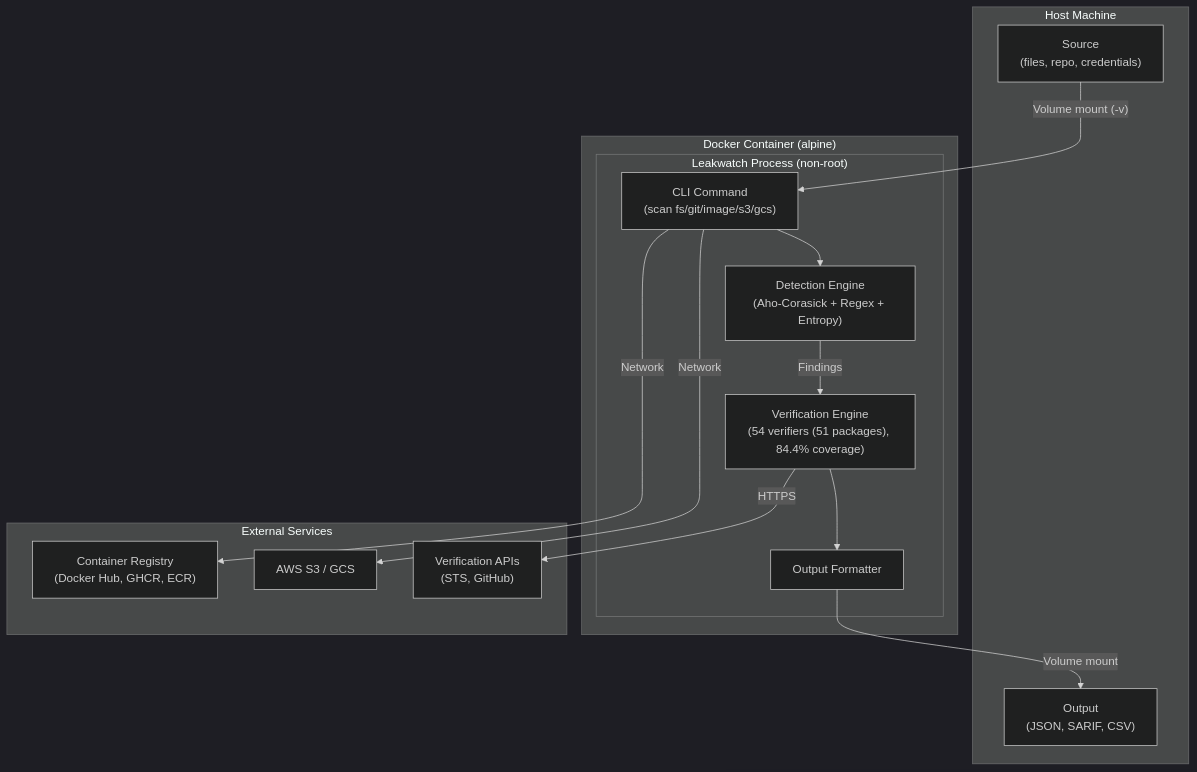
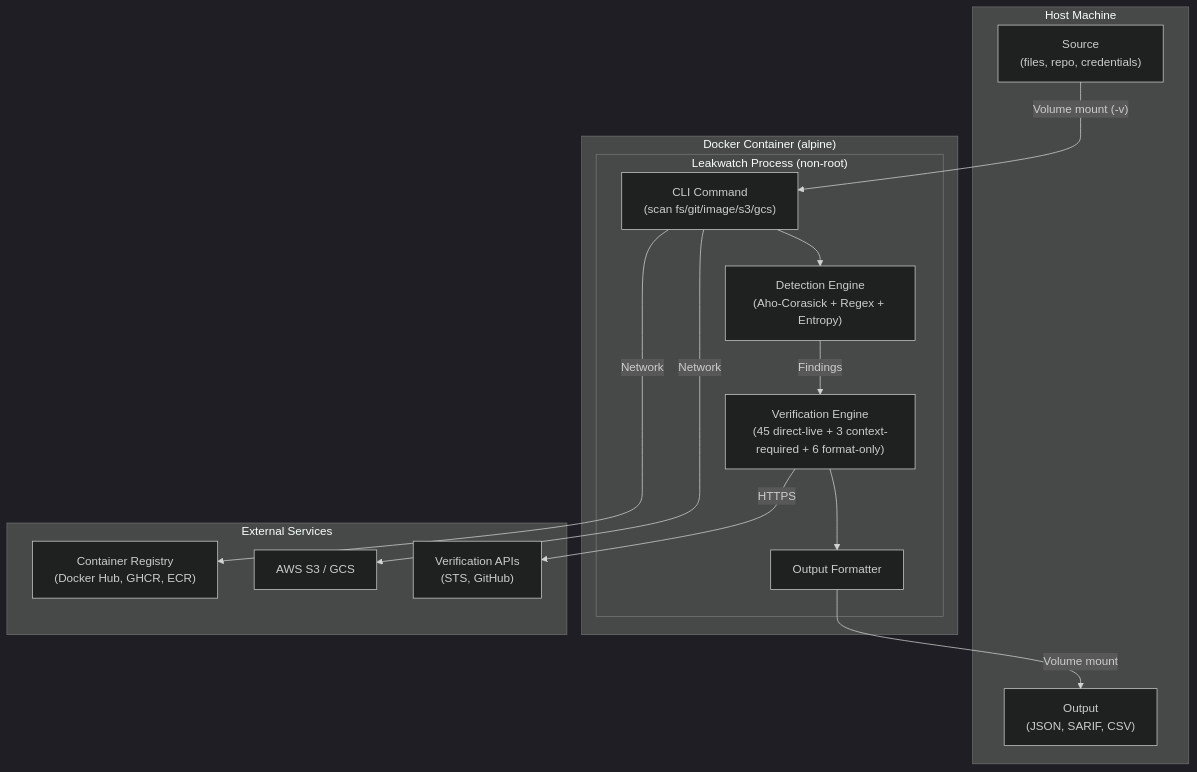
The second of 2 diagrams in docs/guides/docker-usage.md (cemililik/Leakwatch), drawn with Mermaid (dark theme) before and after one commit. The commit also changed 35 other files, not shown here.

````diff
--- a/docs/guides/docker-usage.md
+++ b/docs/guides/docker-usage.md
@@ -496,31 +496,31 @@
 ```mermaid
 flowchart TD
     subgraph Host["Host Machine"]
         SRC["Source\n(files, repo, credentials)"]
         OUT["Output\n(JSON, SARIF, CSV)"]
     end
 
     subgraph Docker["Docker Container (alpine)"]
         subgraph LW["Leakwatch Process (non-root)"]
             CMD["CLI Command\n(scan fs/git/image/s3/gcs)"]
             ENG["Detection Engine\n(Aho-Corasick + Regex + Entropy)"]
-            VER["Verification Engine\n(54 verifiers (51 packages), 84.4% coverage)"]
+            VER["Verification Engine\n(45 direct-live + 3 context-required + 6 format-only)"]
             FMT["Output Formatter"]
         end
     end
 
     subgraph External["External Services"]
         REG["Container Registry\n(Docker Hub, GHCR, ECR)"]
         S3["AWS S3 / GCS"]
         VAPI["Verification APIs\n(STS, GitHub)"]
     end
 
     SRC -->|"Volume mount (-v)"| CMD
     CMD --> ENG
     ENG -->|Findings| VER
     VER -->|"HTTPS"| VAPI
     VER --> FMT
     FMT -->|"Volume mount"| OUT
     CMD -->|"Network"| REG
     CMD -->|"Network"| S3
 ```
````
